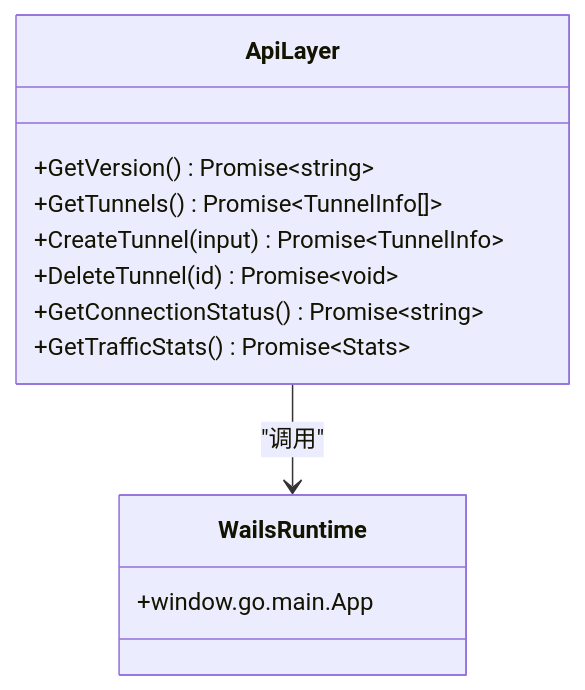
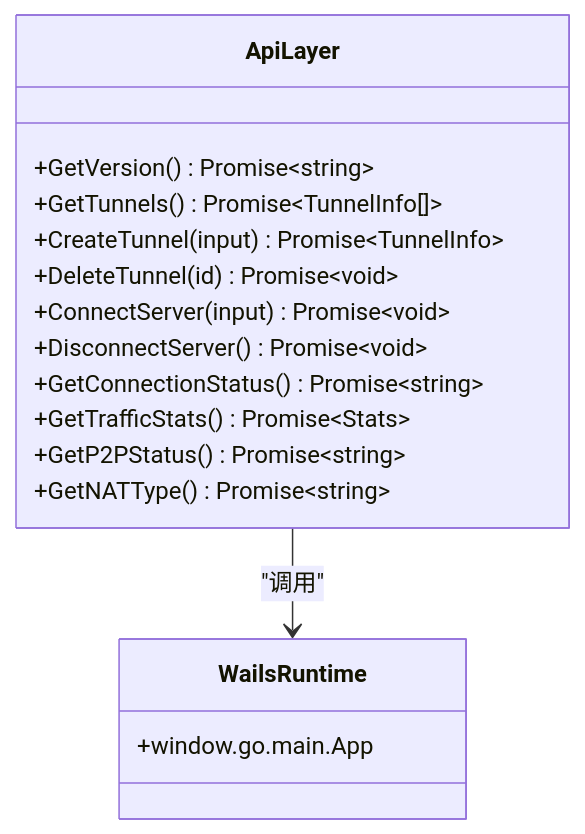
The sixth of 7 diagrams in .qoder/repowiki/zh/content/桌面端应用/前端界面系统.md (itsharex/NexTunnel), drawn with Mermaid before and after one commit. The commit also changed other lines of this file and 32 other files, not shown here.

````diff
--- a/.qoder/repowiki/zh/content/桌面端应用/前端界面系统.md
+++ b/.qoder/repowiki/zh/content/桌面端应用/前端界面系统.md
@@ -197,15 +260,19 @@
 ```mermaid
 classDiagram
 class ApiLayer {
 +GetVersion() Promise~string~
 +GetTunnels() Promise~TunnelInfo[]~
 +CreateTunnel(input) Promise~TunnelInfo~
 +DeleteTunnel(id) Promise~void~
++ConnectServer(input) Promise~void~
++DisconnectServer() Promise~void~
 +GetConnectionStatus() Promise~string~
 +GetTrafficStats() Promise~Stats~
++GetP2PStatus() Promise~string~
++GetNATType() Promise~string~
 }
 class WailsRuntime {
 +window.go.main.App
 }
 ApiLayer --> WailsRuntime : "调用"
 ```
````
